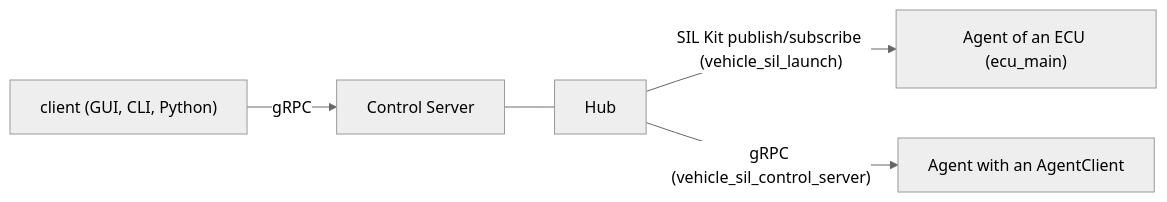
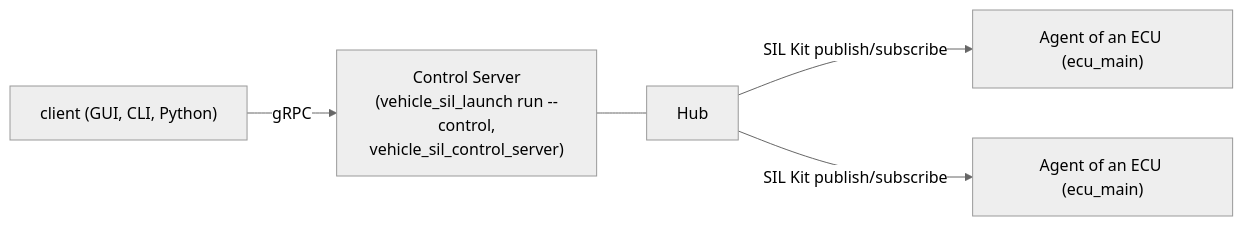
Before and after one commit to rahanahu/vehicle-sil: the first of 3 diagrams in docs/architecture.md, drawn with Mermaid (neutral theme). The commit also changed other lines of this file and 45 other files, not shown here.

````diff
--- a/docs/architecture.md
+++ b/docs/architecture.md
@@ -1161,7 +1158,7 @@
 ```mermaid
 flowchart LR
-    client["client (GUI, CLI, Python)"] -- gRPC --> server["Control Server"]
+    client["client (GUI, CLI, Python)"] -- gRPC --> server["Control Server<br>(vehicle_sil_launch run --control,<br>vehicle_sil_control_server)"]
     server --- hub["Hub"]
-    hub -- "SIL Kit publish/subscribe (vehicle_sil_launch)" --> a1["Agent of an ECU (ecu_main)"]
-    hub -- "gRPC (vehicle_sil_control_server)" --> a2["Agent with an AgentClient"]
+    hub -- "SIL Kit publish/subscribe" --> a1["Agent of an ECU (ecu_main)"]
+    hub -- "SIL Kit publish/subscribe" --> a2["Agent of an ECU (ecu_main)"]
 ```
````
